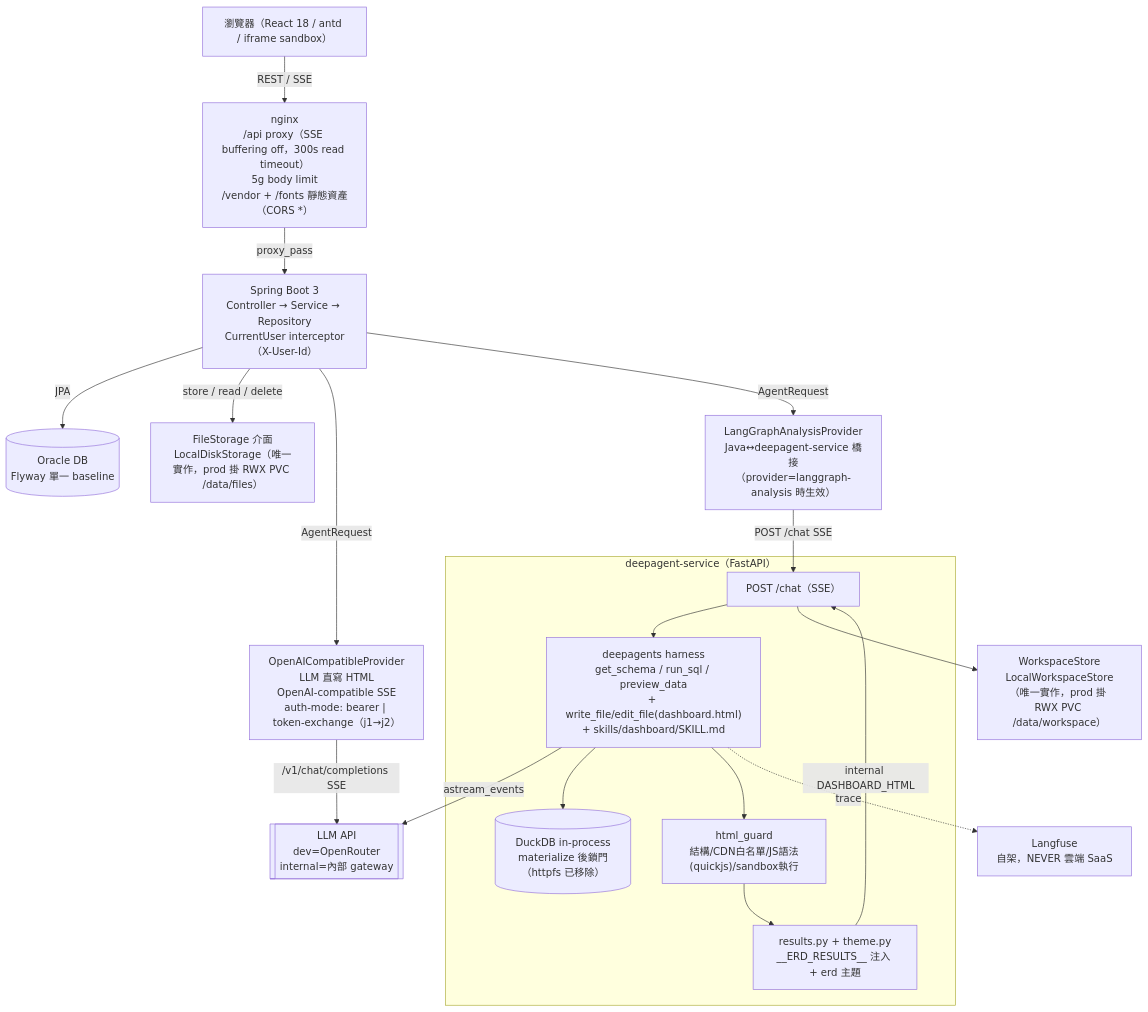
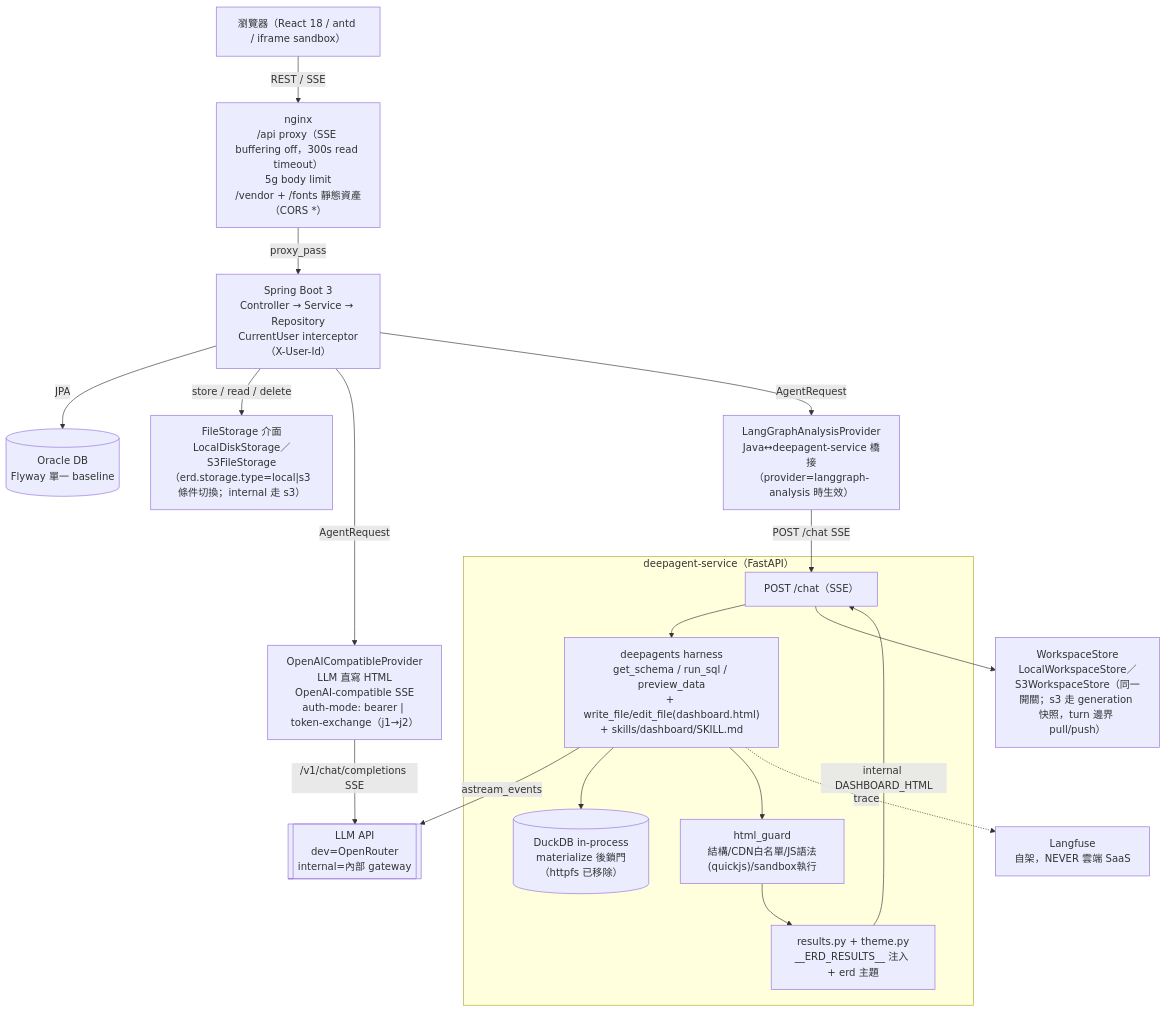
Before and after one commit to Michelle12369/cowork: the first of 4 diagrams in docs/architecture.md, drawn with Mermaid. The commit also changed other lines of this file and 2 other files, not shown here.

First line of the commit message:
docs: 儲存雙路線與 generation 模型文件同步

````diff
--- a/docs/architecture.md
+++ b/docs/architecture.md
@@ -11,42 +11,42 @@
 ```mermaid
 graph TD
     Browser["瀏覽器（React 18 / antd / iframe sandbox）"]
     Nginx["nginx\n/api proxy（SSE buffering off，300s read timeout）\n5g body limit\n/vendor + /fonts 靜態資產（CORS *）"]
     Spring["Spring Boot 3\nController → Service → Repository\nCurrentUser interceptor（X-User-Id）"]
     Oracle[("Oracle DB\nFlyway 單一 baseline")]
-    FileStorage["FileStorage 介面\nLocalDiskStorage（唯一實作，prod 掛 RWX PVC /data/files）"]
+    FileStorage["FileStorage 介面\nLocalDiskStorage／S3FileStorage（erd.storage.type=local|s3 條件切換；internal 走 s3）"]
 
     OpenAICompatible["OpenAICompatibleProvider\nLLM 直寫 HTML\nOpenAI-compatible SSE\nauth-mode: bearer | token-exchange（j1→j2）"]
     LangGraphAnalysis["LangGraphAnalysisProvider\nJava↔deepagent-service 橋接\n（provider=langgraph-analysis 時生效）"]
 
     subgraph DeepAgent["deepagent-service（FastAPI）"]
         FastAPIChat["POST /chat（SSE）"]
         DeepAgentsHarness["deepagents harness\nget_schema / run_sql / preview_data\n+ write_file/edit_file(dashboard.html)\n+ skills/dashboard/SKILL.md"]
         DuckDBEngine[("DuckDB in-process\nmaterialize 後鎖門（httpfs 已移除）")]
         HtmlGuard["html_guard\n結構/CDN白名單/JS語法(quickjs)/sandbox執行"]
         ResultsTheme["results.py + theme.py\n__ERD_RESULTS__ 注入 + erd 主題"]
     end
 
-    WorkspaceStore["WorkspaceStore\nLocalWorkspaceStore（唯一實作，prod 掛 RWX PVC /data/workspace）"]
+    WorkspaceStore["WorkspaceStore\nLocalWorkspaceStore／S3WorkspaceStore（同一開關；s3 走 generation 快照，turn 邊界 pull/push）"]
     LLMAPI[["LLM API\ndev=OpenRouter\ninternal=內部 gateway"]]
     Langfuse["Langfuse\n自架，NEVER 雲端 SaaS"]
 
     Browser -->|REST / SSE| Nginx
     Nginx -->|proxy_pass| Spring
     Spring -->|JPA| Oracle
     Spring -->|store / read / delete| FileStorage
 
     Spring -->|AgentRequest| OpenAICompatible
     OpenAICompatible -->|/v1/chat/completions SSE| LLMAPI
 
     Spring -->|AgentRequest| LangGraphAnalysis
     LangGraphAnalysis -->|POST /chat SSE| FastAPIChat
     FastAPIChat --> DeepAgentsHarness
     DeepAgentsHarness -->|astream_events| LLMAPI
     DeepAgentsHarness --> DuckDBEngine
     DeepAgentsHarness --> HtmlGuard
     HtmlGuard --> ResultsTheme
     ResultsTheme -->|internal DASHBOARD_HTML| FastAPIChat
     FastAPIChat --> WorkspaceStore
     DeepAgentsHarness -.trace.-> Langfuse
 ```
````
